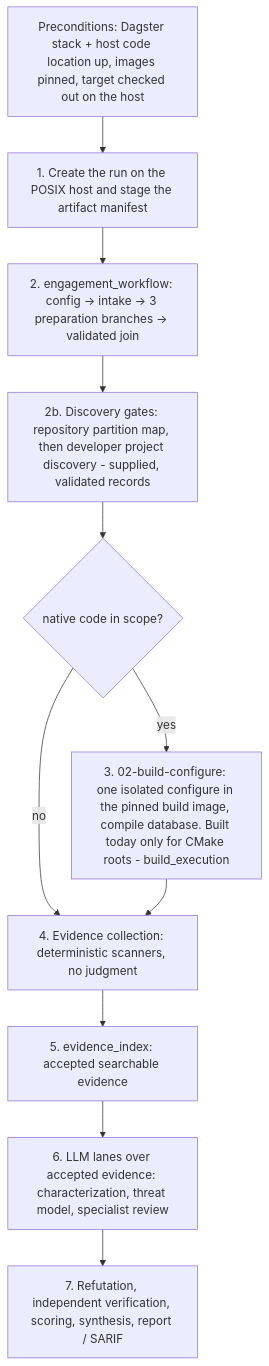
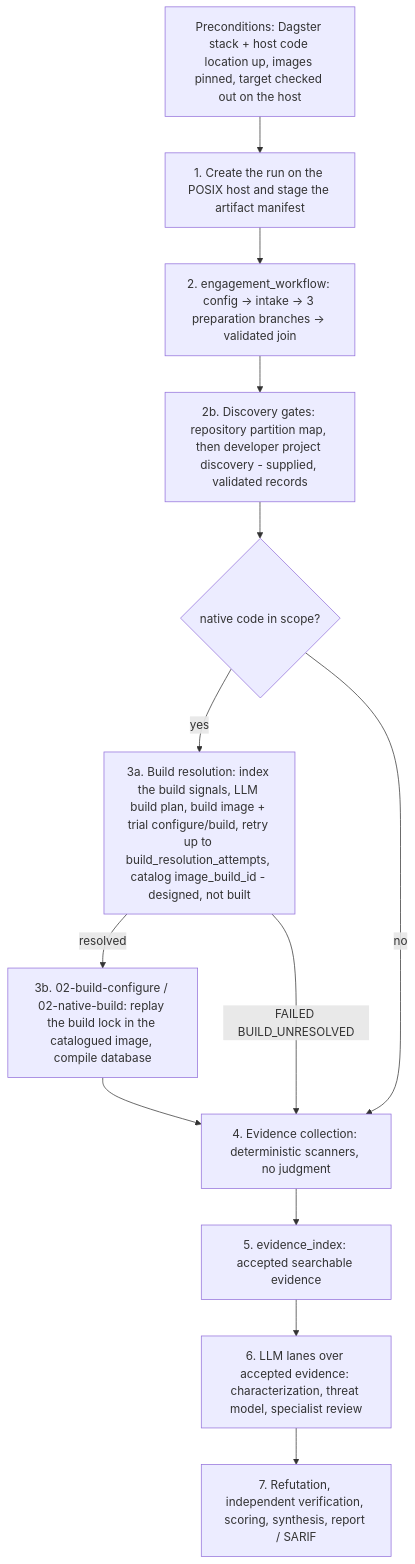
One commit to wsollers/appsec-review changed the diagram in docs/processes/engagement-start.md. Above: the diagram before and after it, drawn with Mermaid. The commit also changed other lines of this file and 12 other files, not shown here.

First line of the commit message:
Design build resolution: index, LLM build plan, bounded image+trial loop, image_build catalog

````diff
--- a/docs/processes/engagement-start.md
+++ b/docs/processes/engagement-start.md
@@ -16,13 +16,15 @@
 ```mermaid
 flowchart TD
   P0[Preconditions: Dagster stack + host code location up, images pinned, target checked out on the host] --> S1
   S1[1. Create the run on the POSIX host and stage the artifact manifest] --> S2
   S2[2. engagement_workflow: config -> intake -> 3 preparation branches -> validated join] --> S2b
   S2b[2b. Discovery gates: repository partition map, then developer project discovery - supplied, validated records] --> G1{native code in scope?}
-  G1 -- yes --> S3[3. 02-build-configure: one isolated configure in the pinned build image, compile database. Built today only for CMake roots - build_execution]
+  G1 -- yes --> S3a[3a. Build resolution: index the build signals, LLM build plan, build image + trial configure/build, retry up to build_resolution_attempts, catalog image_build_id - designed, not built]
+  S3a -- resolved --> S3[3b. 02-build-configure / 02-native-build: replay the build lock in the catalogued image, compile database]
+  S3a -- FAILED BUILD_UNRESOLVED --> S4
   G1 -- no --> S4
   S3 --> S4[4. Evidence collection: deterministic scanners, no judgment]
   S4 --> S5[5. evidence_index: accepted searchable evidence]
   S5 --> S6[6. LLM lanes over accepted evidence: characterization, threat model, specialist review]
   S6 --> S7[7. Refutation, independent verification, scoring, synthesis, report / SARIF]
 ```
````
